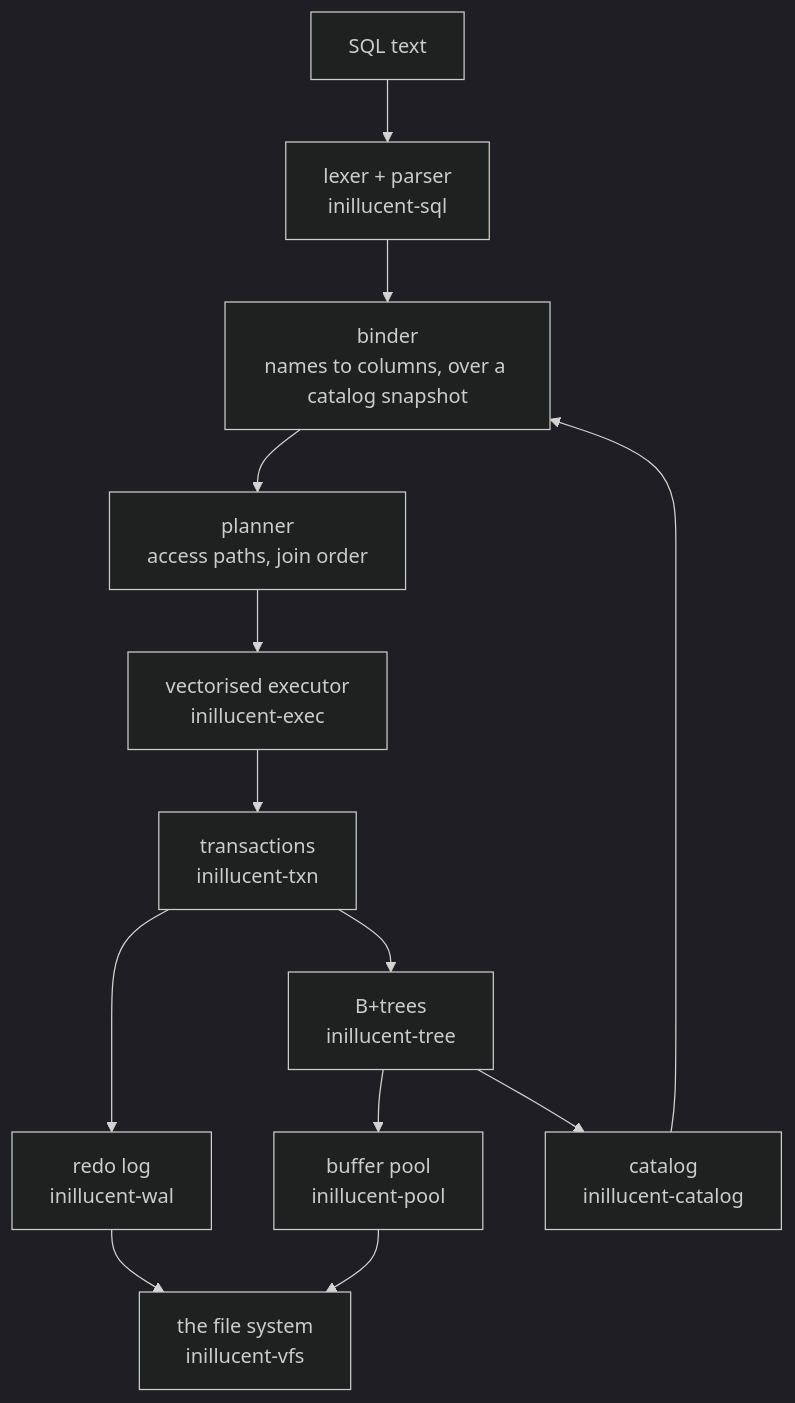
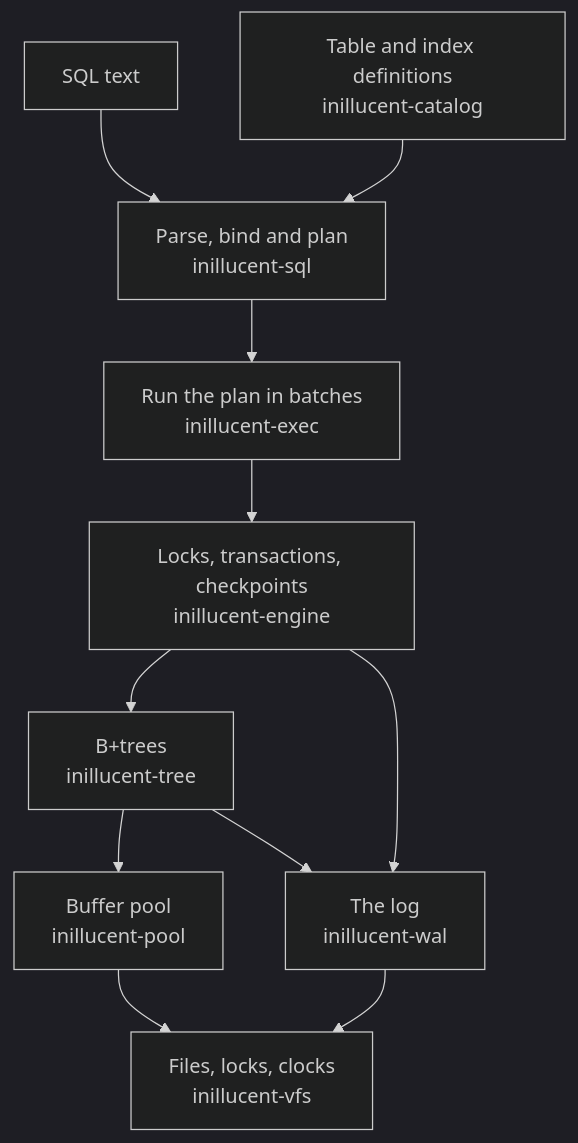
The first of 4 diagrams in docs/relational-architecture.md (jasonmcaffee/inillucent), drawn with Mermaid (dark theme) before and after one commit. The commit also changed other lines of this file and 82 other files, not shown here.

````diff
--- a/docs/relational-architecture.md
+++ b/docs/relational-architecture.md
@@ -22,15 +65,13 @@
 ```mermaid
 flowchart TB
-    SQL["SQL text"] --> Lexer["lexer + parser<br/>inillucent-sql"]
-    Lexer --> Binder["binder<br/>names to columns, over a catalog snapshot"]
-    Binder --> Planner["planner<br/>access paths, join order"]
-    Planner --> Exec["vectorised executor<br/>inillucent-exec"]
-    Exec --> Txn["transactions<br/>inillucent-txn"]
-    Txn --> Tree["B+trees<br/>inillucent-tree"]
-    Txn --> Wal["redo log<br/>inillucent-wal"]
-    Tree --> Pool["buffer pool<br/>inillucent-pool"]
-    Wal --> Vfs["the file system<br/>inillucent-vfs"]
-    Pool --> Vfs
-    Catalog["catalog<br/>inillucent-catalog"] --> Binder
-    Tree --> Catalog
+    SQL["SQL text"] --> Parse["Parse, bind and plan<br/>inillucent-sql"]
+    Catalog["Table and index definitions<br/>inillucent-catalog"] --> Parse
+    Parse --> Exec["Run the plan in batches<br/>inillucent-exec"]
+    Exec --> Engine["Locks, transactions, checkpoints<br/>inillucent-engine"]
+    Engine --> Tree["B+trees<br/>inillucent-tree"]
+    Engine --> Wal["The log<br/>inillucent-wal"]
+    Tree --> Pool["Buffer pool<br/>inillucent-pool"]
+    Tree --> Wal
+    Pool --> Vfs["Files, locks, clocks<br/>inillucent-vfs"]
+    Wal --> Vfs
 ```
````
